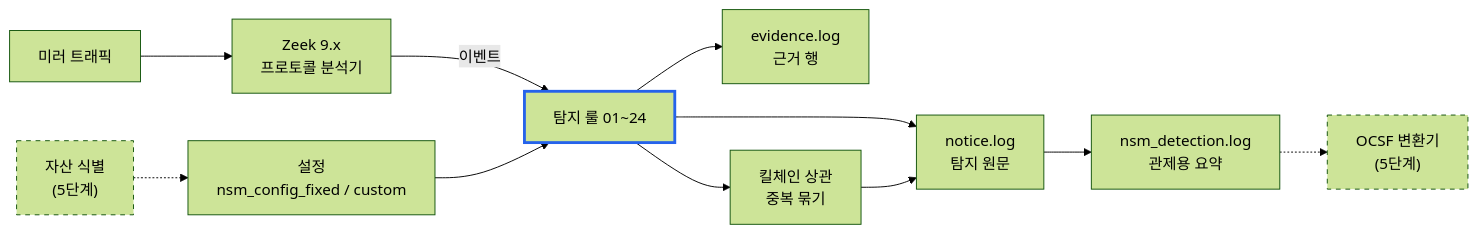
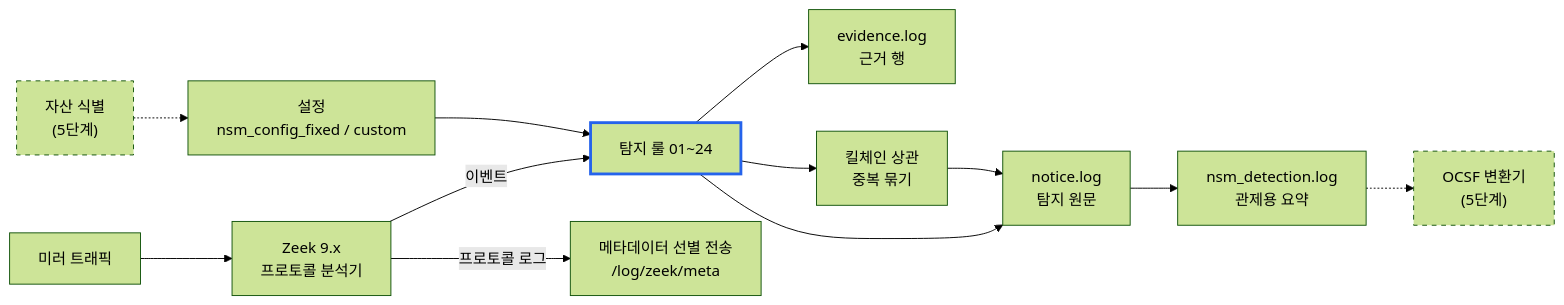
Before and after one commit to kwsjjang8901-ship-it/nsm: the diagram in docs/SRS.md, drawn with Mermaid (forest theme). The commit also changed other lines of this file and 18 other files, not shown here.

First line of the commit message:
feat(metadata): 메타데이터 선별 전송 1차(P1 프레임워크 + P2 AD·Windows 프로토콜)

````diff
--- a/docs/SRS.md
+++ b/docs/SRS.md
@@ -46,16 +46,17 @@
 ```mermaid
 flowchart LR
     T["미러 트래픽"] --> Z["Zeek 9.x<br/>프로토콜 분석기"]
     Z -->|"이벤트"| R["탐지 룰 01~24"]
     CFG["설정<br/>nsm_config_fixed / custom"] --> R
     R --> N["notice.log<br/>탐지 원문"]
     R --> EV["evidence.log<br/>근거 행"]
     R --> K["킬체인 상관<br/>중복 묶기"]
     K --> N
     N --> D["nsm_detection.log<br/>관제용 요약"]
+    Z -->|"프로토콜 로그"| M["메타데이터 선별 전송<br/>/log/zeek/meta"]
     D -.-> O["OCSF 변환기<br/>(5단계)"]
     A["자산 식별<br/>(5단계)"] -.-> CFG
     style R stroke:#2563eb,stroke-width:3px
     classDef todo stroke-dasharray: 5 5
     class O,A todo
 ```
````
